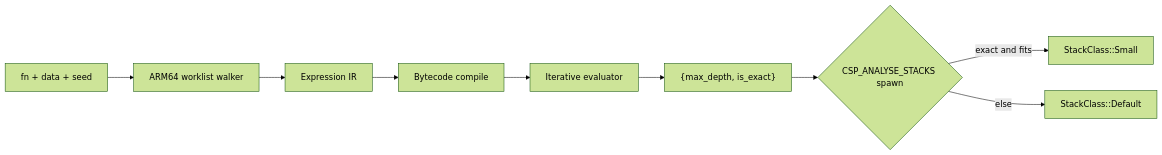
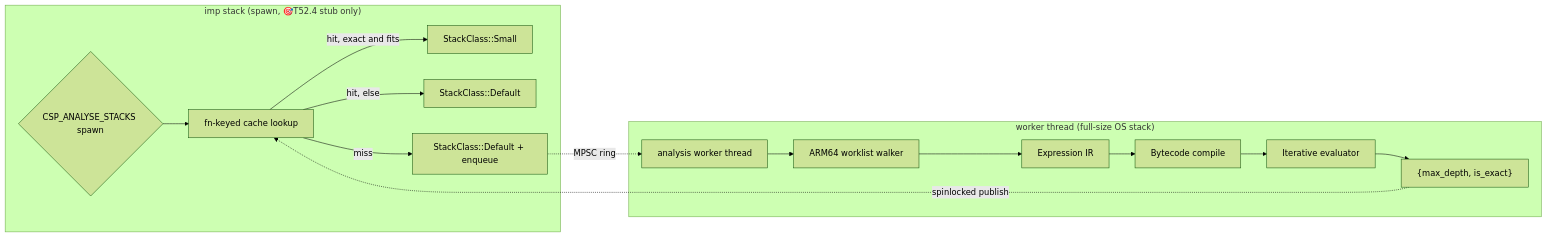
Before and after one commit to marcelocantos/csp: the diagram in docs/reference/stack-analysis.md, drawn with Mermaid (forest theme). The commit also changed other lines of this file and 11 other files, not shown here.

Commit message:
Stack analysis off imp stacks: async worker with Default-on-miss (🎯T52.4) (#113)

````diff
--- a/docs/reference/stack-analysis.md
+++ b/docs/reference/stack-analysis.md
@@ -120,11 +125,18 @@
 ```mermaid
 flowchart LR
-  A[fn + data + seed] --> B[ARM64 worklist walker]
-  B --> C[Expression IR]
-  C --> D[Bytecode compile]
-  D --> E[Iterative evaluator]
-  E --> F["{max_depth, is_exact}"]
-  F --> G{CSP_ANALYSE_STACKS spawn}
-  G -->|exact and fits| H[StackClass::Small]
-  G -->|else| I[StackClass::Default]
+  subgraph imp["imp stack (spawn, 🎯T52.4 stub only)"]
+    G{CSP_ANALYSE_STACKS spawn} --> L[fn-keyed cache lookup]
+    L -->|hit, exact and fits| H[StackClass::Small]
+    L -->|hit, else| I[StackClass::Default]
+    L -->|miss| I2[StackClass::Default + enqueue]
+  end
+  I2 -.->|MPSC ring| W[analysis worker thread]
+  subgraph worker["worker thread (full-size OS stack)"]
+    W --> B[ARM64 worklist walker]
+    B --> C[Expression IR]
+    C --> D[Bytecode compile]
+    D --> E[Iterative evaluator]
+    E --> F["{max_depth, is_exact}"]
+  end
+  F -.->|spinlocked publish| L
 ```
````
